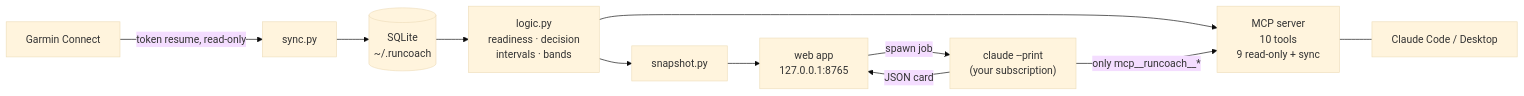
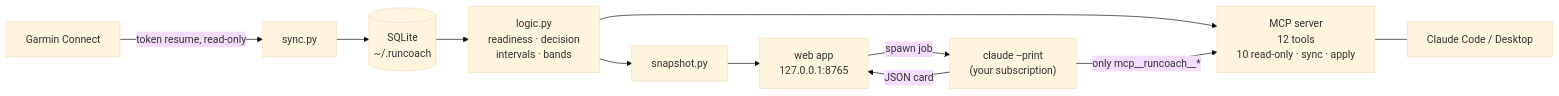
The diagram in README.md (edxleon/runcoach-ai), drawn with Mermaid (base theme) before and after one commit. The commit also changed other lines of this file and 17 other files, not shown here.

````diff
--- a/README.md
+++ b/README.md
@@ -107,13 +107,13 @@
 ```mermaid
 flowchart LR
     G[Garmin Connect] -- "token resume, read-only" --> S[sync.py]
     S --> DB[(SQLite<br/>~/.runcoach)]
     DB --> L[logic.py<br/>readiness · decision<br/>intervals · bands]
     L --> SNAP[snapshot.py]
     SNAP --> WEB[web app<br/>127.0.0.1:8765]
-    L --> MCP[MCP server<br/>10 tools<br/>9 read-only + sync]
+    L --> MCP[MCP server<br/>12 tools<br/>10 read-only · sync · apply]
     WEB -- "spawn job" --> A["claude --print<br/>(your subscription)"]
     A -- "only mcp__runcoach__*" --> MCP
     A -- "JSON card" --> WEB
     MCP --- CC[Claude Code / Desktop]
 ```
````
